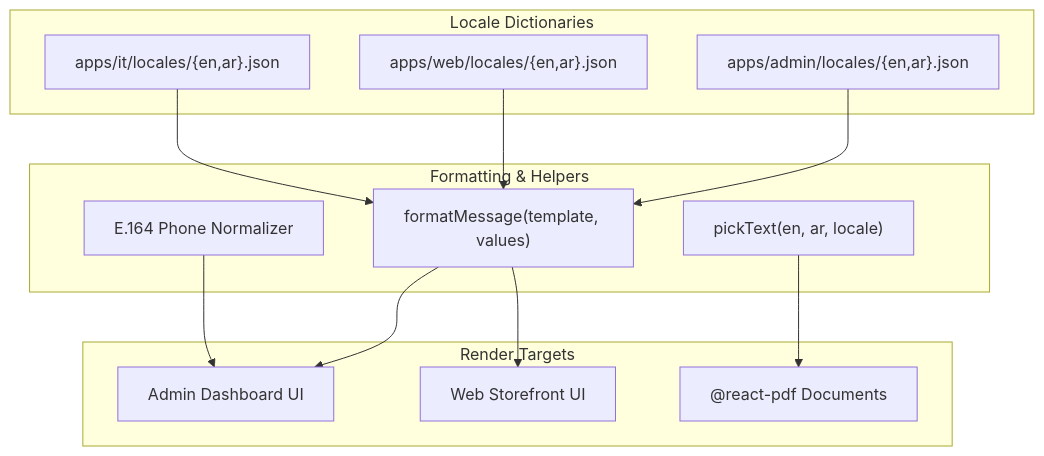
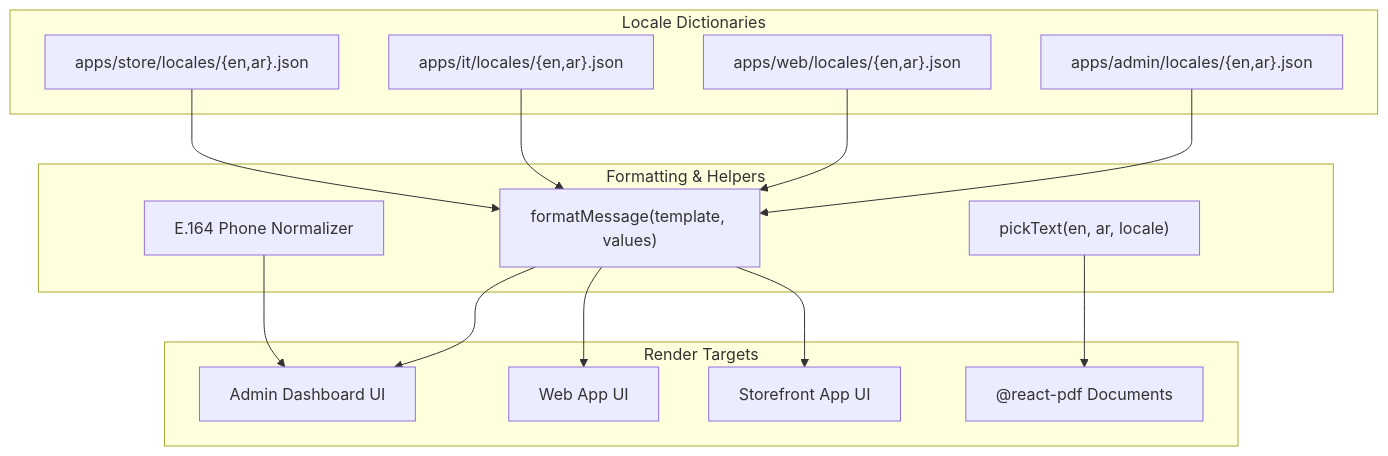
One commit to sahmedhusain/ishoot.bh changed the diagram in docs/LOCALIZATION.md. Above: the diagram before and after it, drawn with Mermaid. The commit also changed other lines of this file and 496 other files, not shown here.

````diff
--- a/docs/LOCALIZATION.md
+++ b/docs/LOCALIZATION.md
@@ -11,28 +11,32 @@
 ```mermaid
 flowchart TB
     subgraph Dictionaries["Locale Dictionaries"]
         AdminLocales["apps/admin/locales/{en,ar}.json"]
         WebLocales["apps/web/locales/{en,ar}.json"]
         ITLocales["apps/it/locales/{en,ar}.json"]
+        StoreLocales["apps/store/locales/{en,ar}.json"]
     end
 
     subgraph Formatting["Formatting & Helpers"]
         FormatMsg["formatMessage(template, values)"]
         BilingualText["pickText(en, ar, locale)"]
         PhoneFormat["E.164 Phone Normalizer"]
     end
 
     subgraph Consumers["Render Targets"]
         AdminApp["Admin Dashboard UI"]
-        WebApp["Web Storefront UI"]
+        WebApp["Web App UI"]
+        StoreApp["Storefront App UI"]
         PDFDocs["@react-pdf Documents"]
     end
 
     AdminLocales --> FormatMsg
     WebLocales --> FormatMsg
     ITLocales --> FormatMsg
+    StoreLocales --> FormatMsg
     FormatMsg --> AdminApp
     FormatMsg --> WebApp
+    FormatMsg --> StoreApp
     BilingualText --> PDFDocs
     PhoneFormat --> AdminApp
 ```
````
